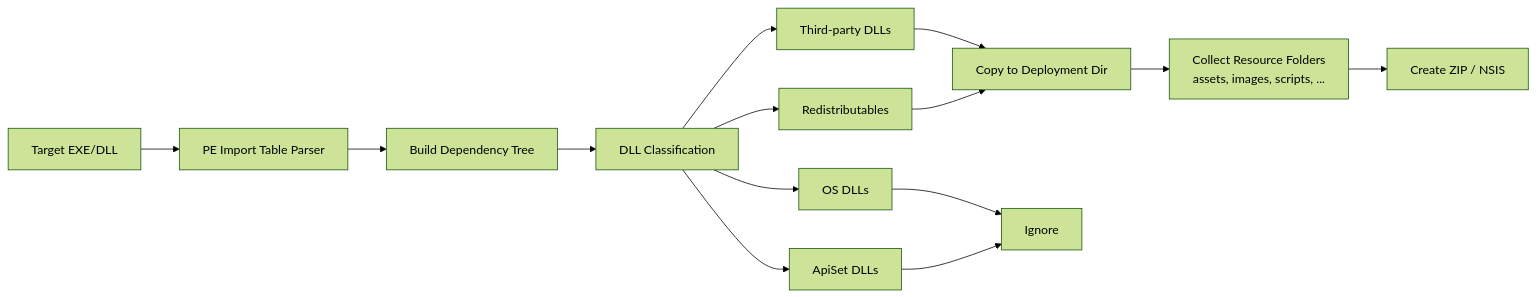
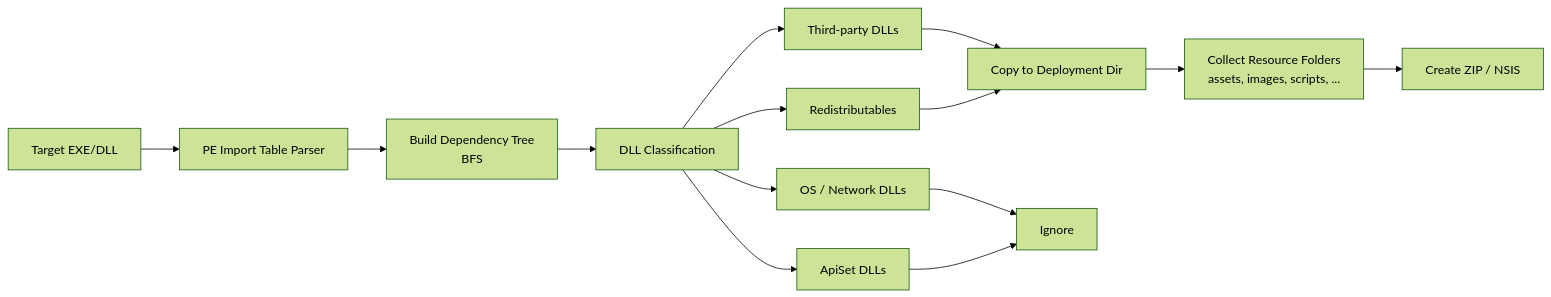
One commit to 2774326573/LibDeploy changed the second of 5 diagrams in README.md. Above: the diagram before and after it, drawn with Mermaid (forest theme). The commit also changed other lines of this file and 16 other files, not shown here.

````diff
--- a/README.md
+++ b/README.md
@@ -246,18 +266,18 @@
 ```mermaid
 flowchart LR
     Input[Target EXE/DLL] --> PE[PE Import Table Parser]
-    PE --> Tree[Build Dependency Tree]
+    PE --> Tree[Build Dependency Tree<br/>BFS]
     Tree --> Classify[DLL Classification]
-    Classify --> OS[OS DLLs]
+    Classify --> OS[OS / Network DLLs]
     Classify --> ThirdParty[Third‑party DLLs]
     Classify --> Redist[Redistributables]
     Classify --> ApiSet[ApiSet DLLs]
-    
+
     ThirdParty --> Copy[Copy to Deployment Dir]
     Redist --> Copy
     OS --> Ignore[Ignore]
     ApiSet --> Ignore
-    
+
     Copy --> Resources[Collect Resource Folders<br/>assets, images, scripts, ...]
     Resources --> Package[Create ZIP / NSIS]
 ```
````
